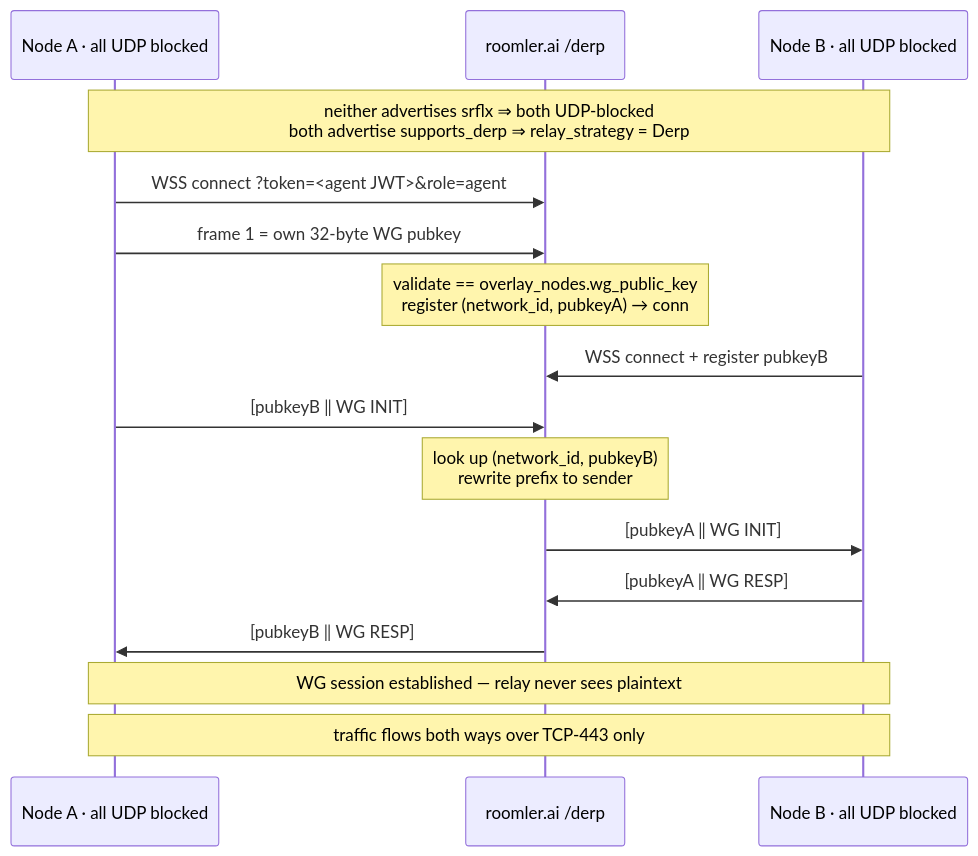
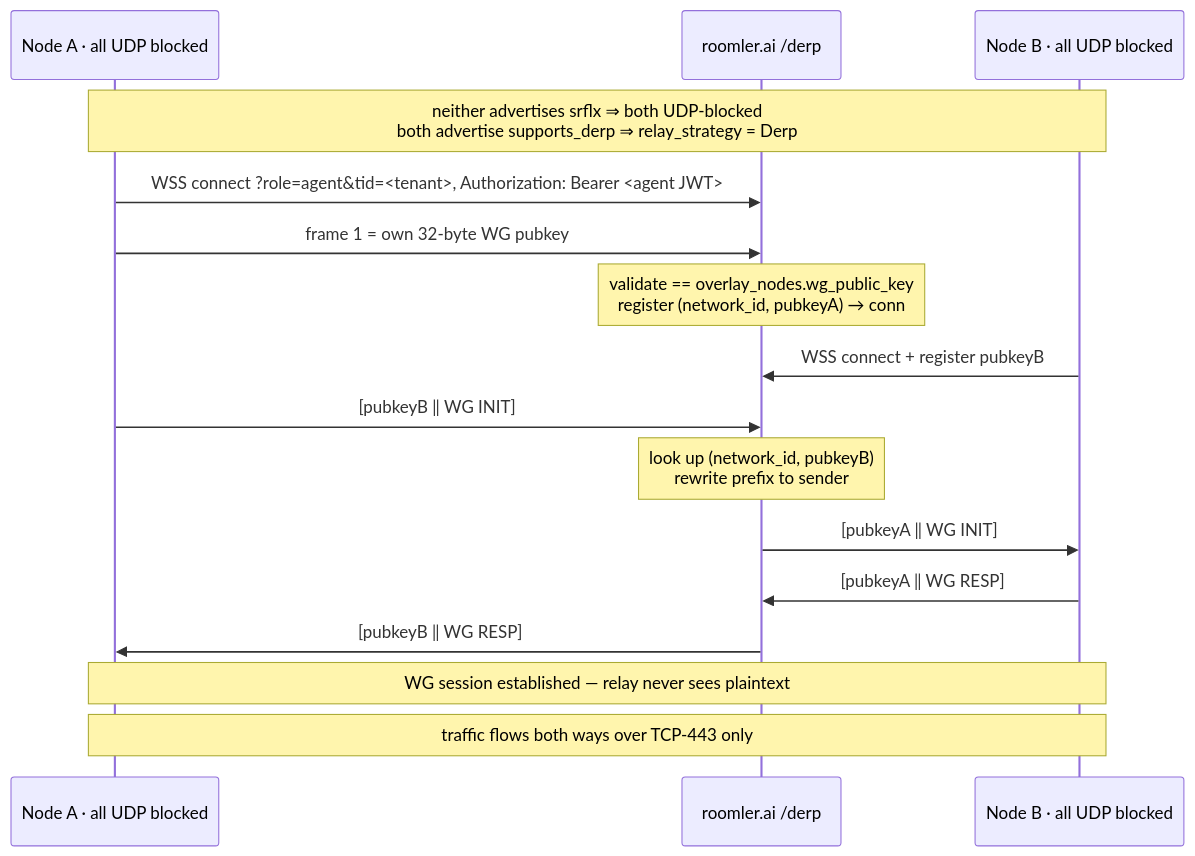
Before and after one commit to gjovanov/roomler-ai: the eighth of 16 diagrams in docs/overlay-communication.md, drawn with Mermaid. The commit also changed other lines of this file and 28 other files, not shown here.

````diff
--- a/docs/overlay-communication.md
+++ b/docs/overlay-communication.md
@@ -452,21 +452,21 @@
 ```mermaid
 sequenceDiagram
     participant A as Node A · all UDP blocked
     participant D as roomler.ai /derp
     participant B as Node B · all UDP blocked
 
     Note over A,B: neither advertises srflx ⇒ both UDP-blocked<br/>both advertise supports_derp ⇒ relay_strategy = Derp
 
-    A->>D: WSS connect ?token=<agent JWT>&role=agent
+    A->>D: WSS connect ?role=agent&tid=<tenant>, Authorization: Bearer <agent JWT>
     A->>D: frame 1 = own 32-byte WG pubkey
     Note over D: validate == overlay_nodes.wg_public_key<br/>register (network_id, pubkeyA) → conn
     B->>D: WSS connect + register pubkeyB
 
     A->>D: [pubkeyB ‖ WG INIT]
     Note over D: look up (network_id, pubkeyB)<br/>rewrite prefix to sender
     D->>B: [pubkeyA ‖ WG INIT]
     B->>D: [pubkeyA ‖ WG RESP]
     D->>A: [pubkeyB ‖ WG RESP]
     Note over A,B: WG session established — relay never sees plaintext
     Note over A,B: traffic flows both ways over TCP-443 only
 ```
````
